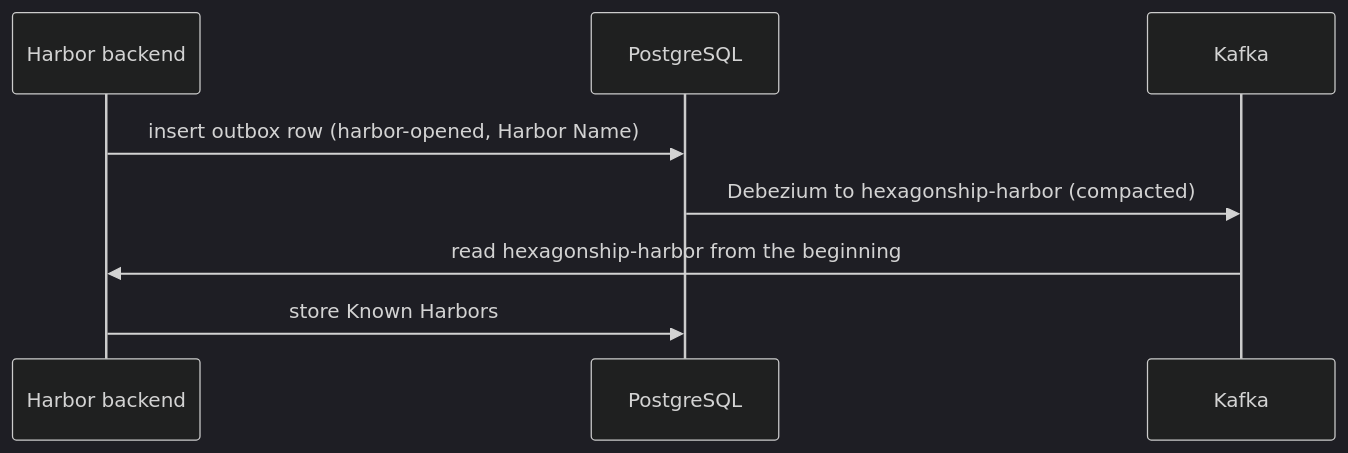
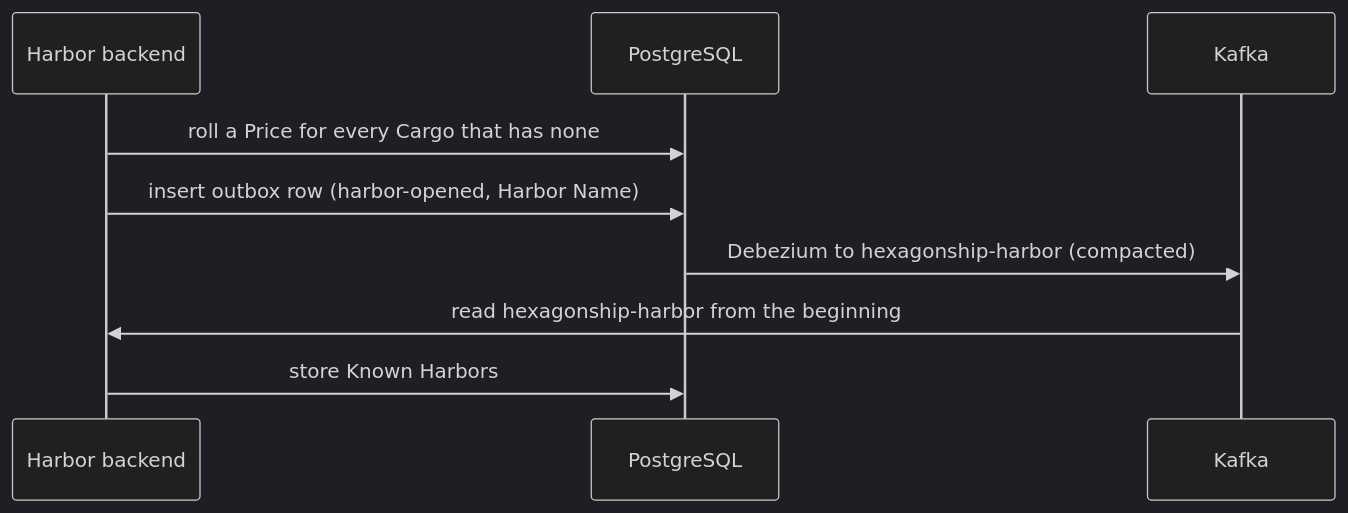
One commit to maurizio100/ddd-ship changed the fifth of 8 diagrams in docs/arc42/06-runtime.md. Above: the diagram before and after it, drawn with Mermaid (dark theme). The commit also changed other lines of this file and 206 other files, not shown here.

````diff
--- a/docs/arc42/06-runtime.md
+++ b/docs/arc42/06-runtime.md
@@ -152,10 +152,11 @@
 ```mermaid
 sequenceDiagram
     participant H as Harbor backend
     participant DB as PostgreSQL
     participant K as Kafka
+    H->>DB: roll a Price for every Cargo that has none
     H->>DB: insert outbox row (harbor-opened, Harbor Name)
     DB->>K: Debezium to hexagonship-harbor (compacted)
     K->>H: read hexagonship-harbor from the beginning
     H->>DB: store Known Harbors
 ```
````
